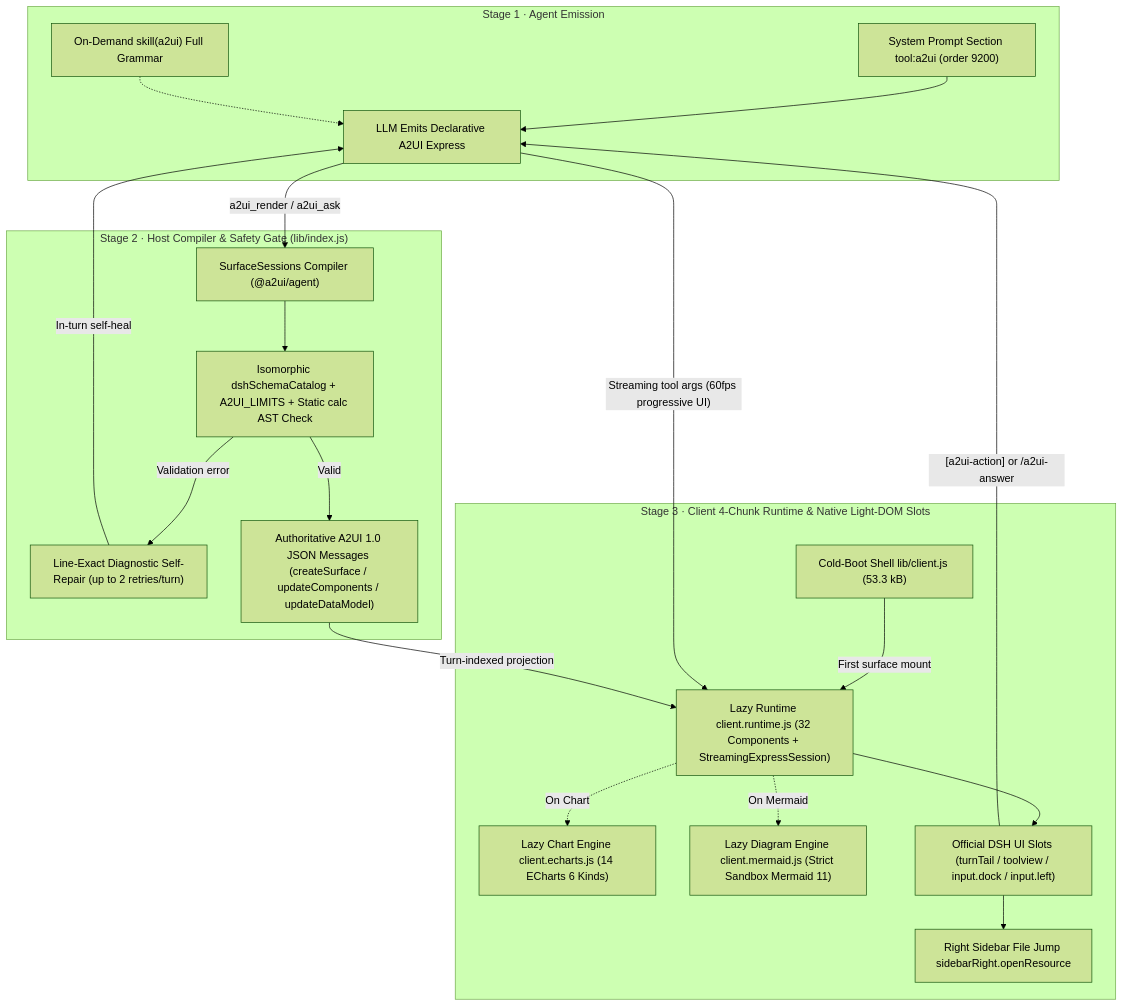
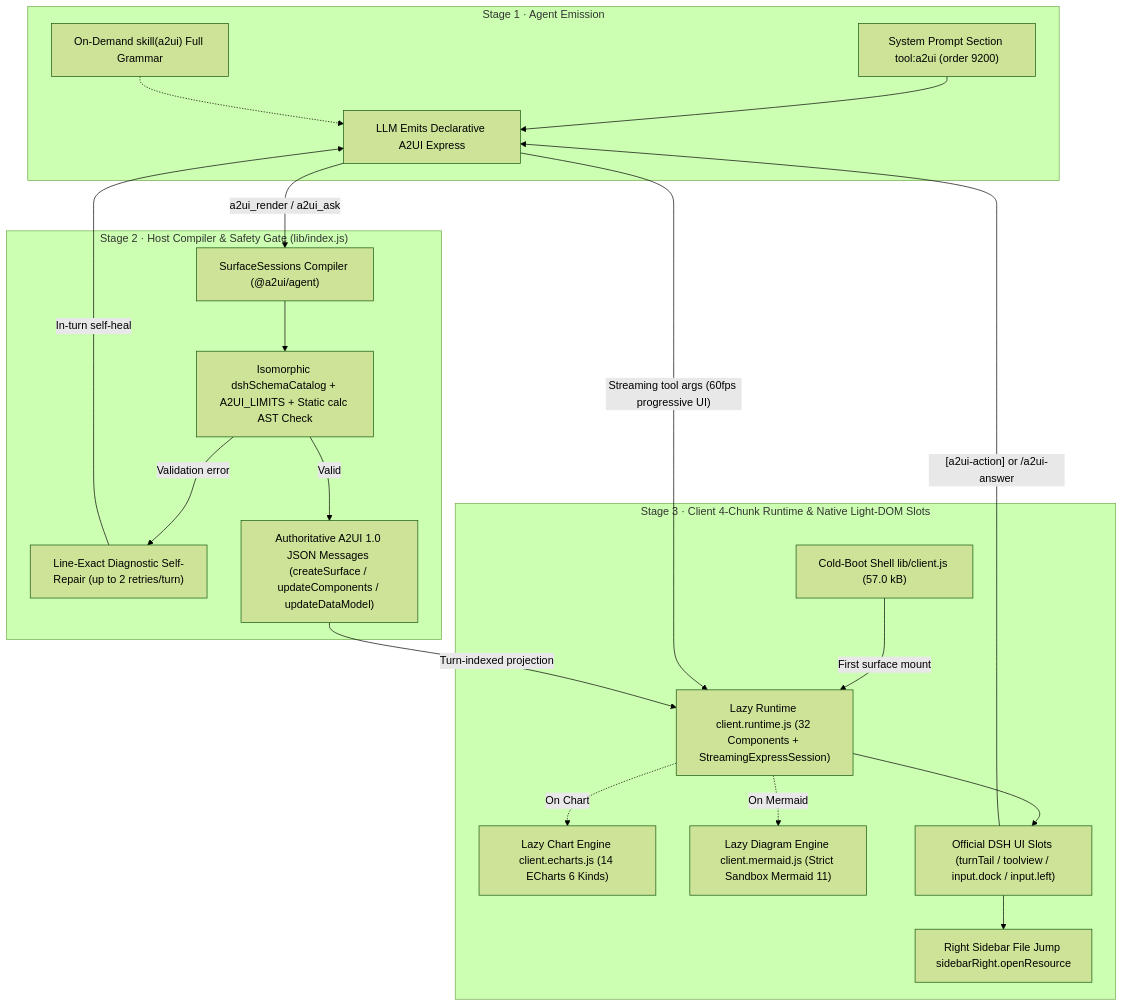
Before and after one commit to Geekhyt/dsh-genui-a2ui: the diagram in docs/DEVELOPMENT.md, drawn with Mermaid (forest theme). The commit also changed other lines of this file and 31 other files, not shown here.

Commit message:
feat: release v0.1.1 with lossless Mermaid vector zoom, dynamic skill lifecycle, and UX fixes

````diff
--- a/docs/DEVELOPMENT.md
+++ b/docs/DEVELOPMENT.md
@@ -17,40 +17,40 @@
 ```mermaid
 flowchart TB
   subgraph S1["Stage 1 · Agent Emission"]
     P["System Prompt Section tool:a2ui (order 9200)"]
     SK["On-Demand skill(a2ui) Full Grammar"]
     LLM["LLM Emits Declarative A2UI Express"]
     P --> LLM
     SK -.-> LLM
   end
 
   subgraph S2["Stage 2 · Host Compiler & Safety Gate (lib/index.js)"]
     COMP["SurfaceSessions Compiler (@a2ui/agent)"]
     ZOD["Isomorphic dshSchemaCatalog + A2UI_LIMITS + Static calc AST Check"]
     REPAIR["Line-Exact Diagnostic Self-Repair (up to 2 retries/turn)"]
     WIRE["Authoritative A2UI 1.0 JSON Messages (createSurface / updateComponents / updateDataModel)"]
     COMP --> ZOD
     ZOD -->|"Validation error"| REPAIR
     REPAIR -->|"In-turn self-heal"| LLM
     ZOD -->|"Valid"| WIRE
   end
 
   subgraph S3["Stage 3 · Client 4-Chunk Runtime & Native Light-DOM Slots"]
-    SHELL["Cold-Boot Shell lib/client.js (53.3 kB)"]
+    SHELL["Cold-Boot Shell lib/client.js (57.0 kB)"]
     RT["Lazy Runtime client.runtime.js (32 Components + StreamingExpressSession)"]
     EC["Lazy Chart Engine client.echarts.js (14 ECharts 6 Kinds)"]
     MM["Lazy Diagram Engine client.mermaid.js (Strict Sandbox Mermaid 11)"]
     SLOTS["Official DSH UI Slots (turnTail / toolview / input.dock / input.left)"]
     SIDE["Right Sidebar File Jump sidebarRight.openResource"]
     SHELL -->|"First surface mount"| RT
     RT -.->|"On Chart"| EC
     RT -.->|"On Mermaid"| MM
     RT --> SLOTS
     SLOTS --> SIDE
   end
 
   LLM -->|"Streaming tool args (60fps progressive UI)"| RT
   LLM -->|"a2ui_render / a2ui_ask"| COMP
   WIRE -->|"Turn-indexed projection"| RT
   SLOTS -->|"[a2ui-action] or /a2ui-answer"| LLM
 ```
````
